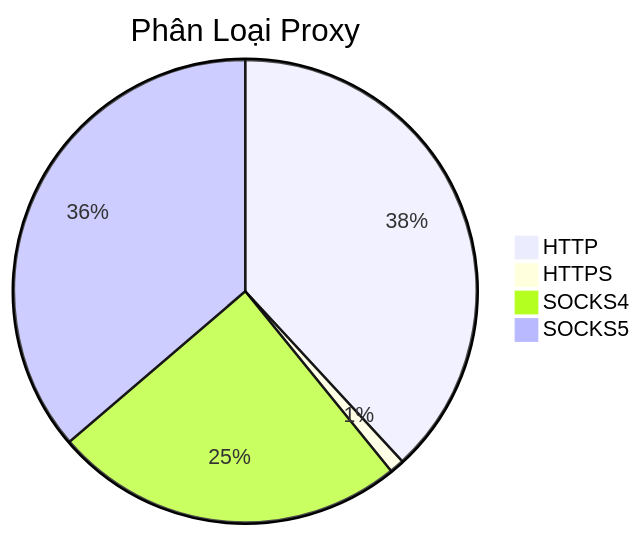
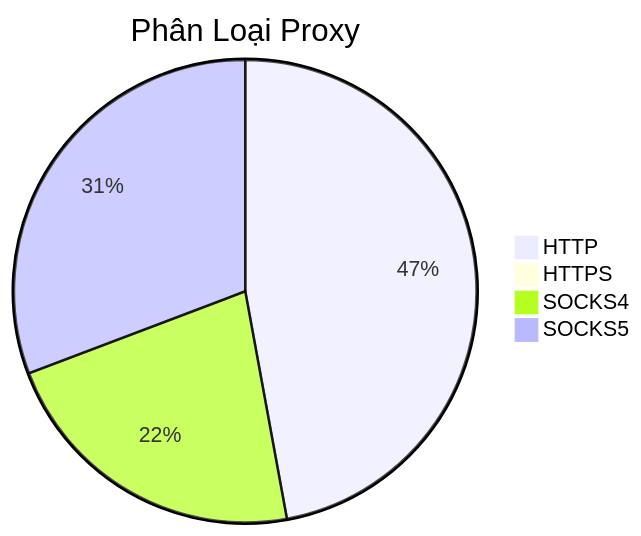
One commit to Ciara-Aa/PROXY-free changed the diagram in README.md. Above: the diagram before and after it, drawn with Mermaid. The commit also changed other lines of this file and 4 other files, not shown here.

````diff
--- a/README.md
+++ b/README.md
@@ -26,7 +26,7 @@
 ```mermaid
 pie title Phân Loại Proxy
-    "HTTP" : 225
-    "HTTPS" : 6
-    "SOCKS4" : 145
-    "SOCKS5" : 214
+    "HTTP" : 343
+    "HTTPS" : 5
+    "SOCKS4" : 161
+    "SOCKS5" : 224
 ```
````
